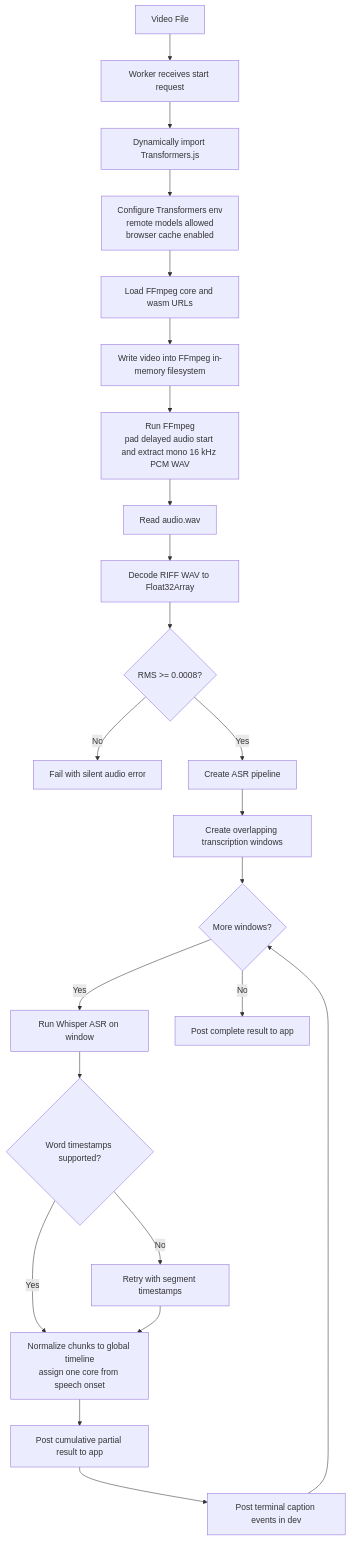
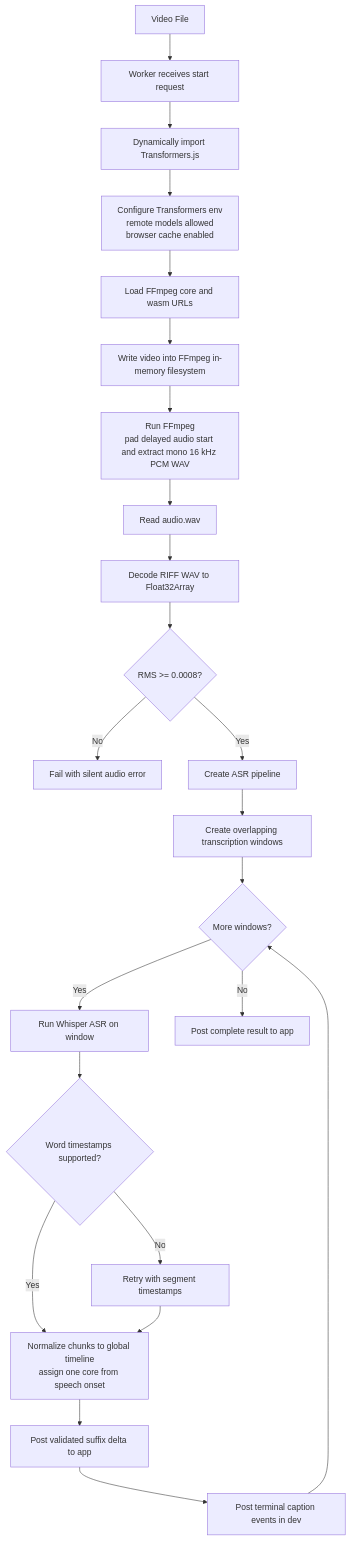
The fifth of 18 diagrams in docs/project-state.md (zxyandreay/auto-subtitle), drawn with Mermaid before and after one commit. The commit also changed other lines of this file and 43 other files, not shown here.

````diff
--- a/docs/project-state.md
+++ b/docs/project-state.md
@@ -309,25 +309,25 @@
 ```mermaid
 flowchart TD
     File["Video File"] --> WorkerStart["Worker receives start request"]
     WorkerStart --> DynamicImport["Dynamically import Transformers.js"]
     DynamicImport --> Env["Configure Transformers env\nremote models allowed\nbrowser cache enabled"]
     Env --> FfmpegLoad["Load FFmpeg core and wasm URLs"]
     FfmpegLoad --> WriteInput["Write video into FFmpeg in-memory filesystem"]
     WriteInput --> FfmpegExec["Run FFmpeg\npad delayed audio start and extract mono 16 kHz PCM WAV"]
     FfmpegExec --> ReadWav["Read audio.wav"]
     ReadWav --> Decode["Decode RIFF WAV to Float32Array"]
     Decode --> Silence{"RMS >= 0.0008?"}
     Silence -->|No| Error["Fail with silent audio error"]
     Silence -->|Yes| LoadPipeline["Create ASR pipeline"]
     LoadPipeline --> Windows["Create overlapping transcription windows"]
     Windows --> Loop{"More windows?"}
     Loop -->|Yes| Asr["Run Whisper ASR on window"]
     Asr --> TimestampFallback{"Word timestamps supported?"}
     TimestampFallback -->|No| SegmentRetry["Retry with segment timestamps"]
     TimestampFallback -->|Yes| Normalize["Normalize chunks to global timeline\nassign one core from speech onset"]
     SegmentRetry --> Normalize
-    Normalize --> PartialPreview["Post cumulative partial result to app"]
+    Normalize --> PartialPreview["Post validated suffix delta to app"]
     PartialPreview --> CaptionLog["Post terminal caption events in dev"]
     CaptionLog --> Loop
     Loop -->|No| Complete["Post complete result to app"]
 ```
````
